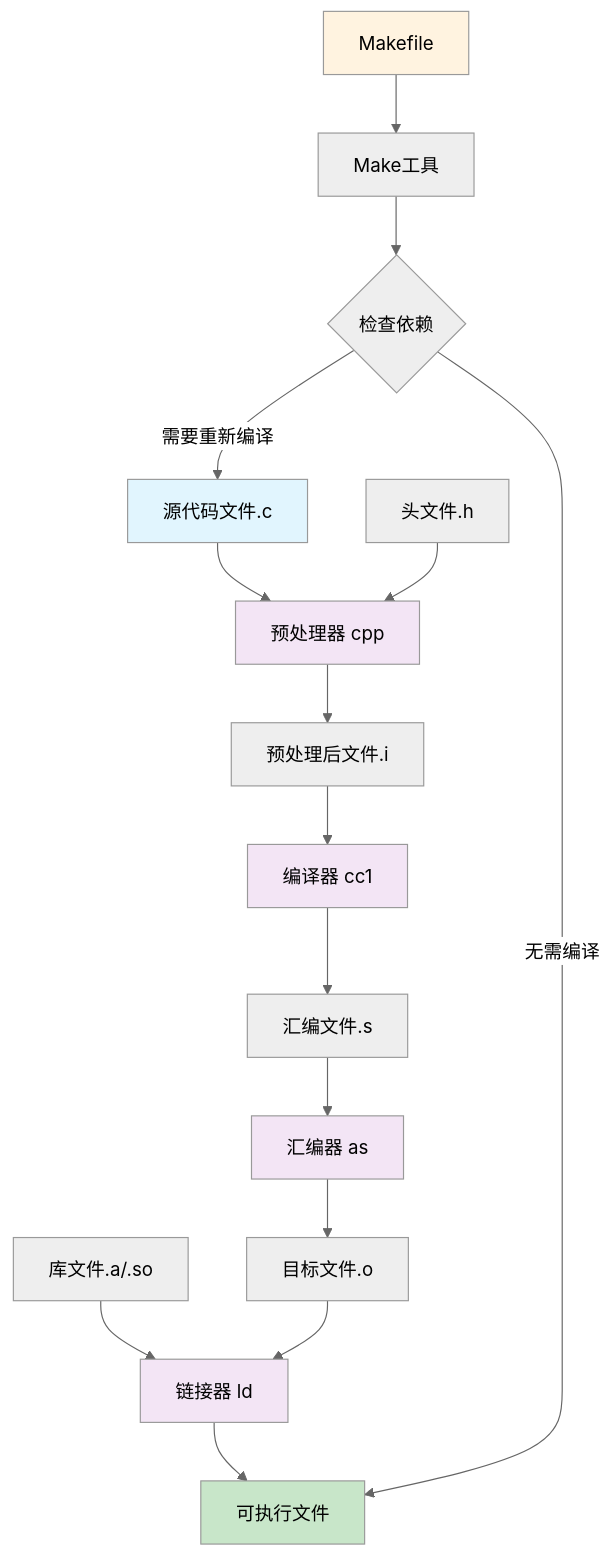
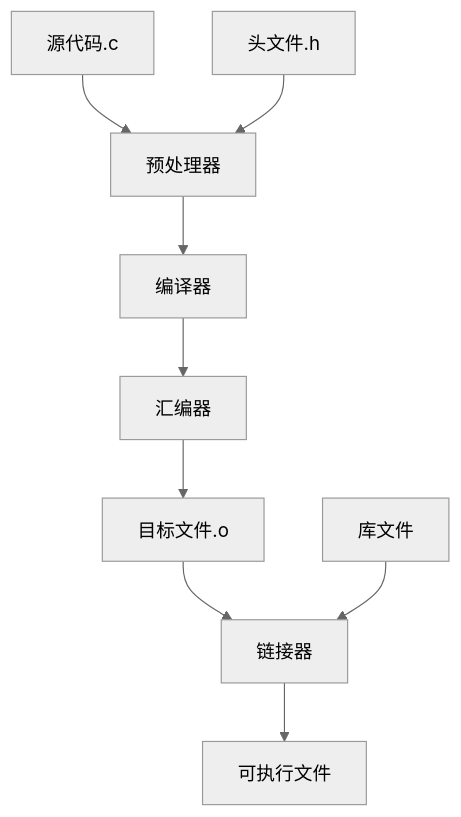
Before and after one commit to hulu798/C-Notes: the sixth of 15 diagrams in README.md, drawn with Mermaid (neutral theme). The commit also changed other lines of this file, not shown here.

````diff
--- a/README.md
+++ b/README.md
@@ -345,27 +272,12 @@
 ```mermaid
 flowchart TD
-    A[源代码文件.c] --> B[预处理器 cpp]
-    B --> C[预处理后文件.i]
-    C --> D[编译器 cc1]
-    D --> E[汇编文件.s]
-    E --> F[汇编器 as]
-    F --> G[目标文件.o]
+    A[源代码.c] --> B[预处理器]
+    B --> C[编译器]
+    C --> D[汇编器]
+    D --> E[目标文件.o]
+    E --> F[链接器]
+    F --> G[可执行文件]
     
     H[头文件.h] --> B
-    I[库文件.a/.so] --> J[链接器 ld]
-    G --> J
-    J --> K[可执行文件]
-    
-    L[Makefile] --> M[Make工具]
-    M --> N{检查依赖}
-    N -->|需要重新编译| A
-    N -->|无需编译| K
-    
-    style A fill:#e1f5fe
-    style K fill:#c8e6c9
-    style L fill:#fff3e0
-    style B fill:#f3e5f5
-    style D fill:#f3e5f5
-    style F fill:#f3e5f5
-    style J fill:#f3e5f5
+    I[库文件] --> F
 ```
````
